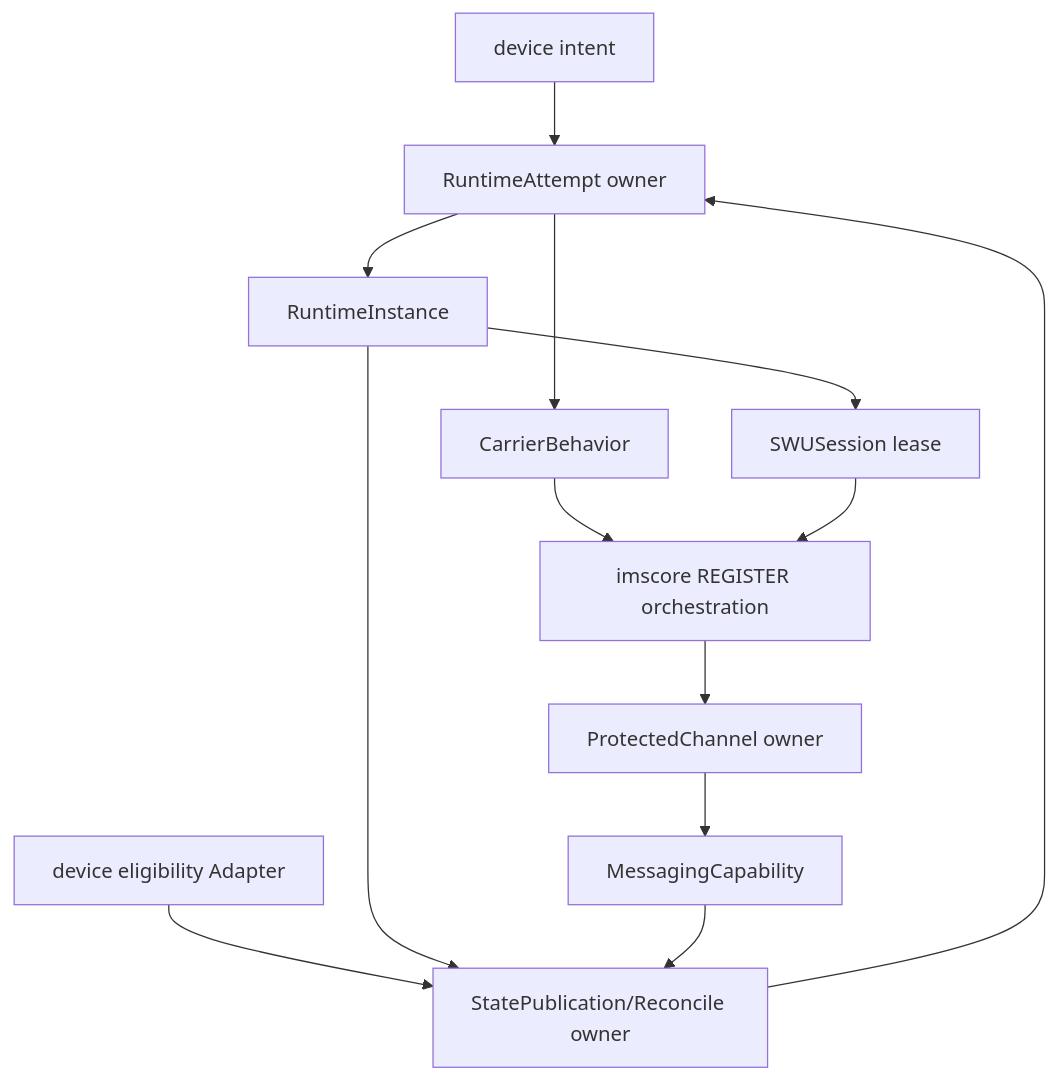
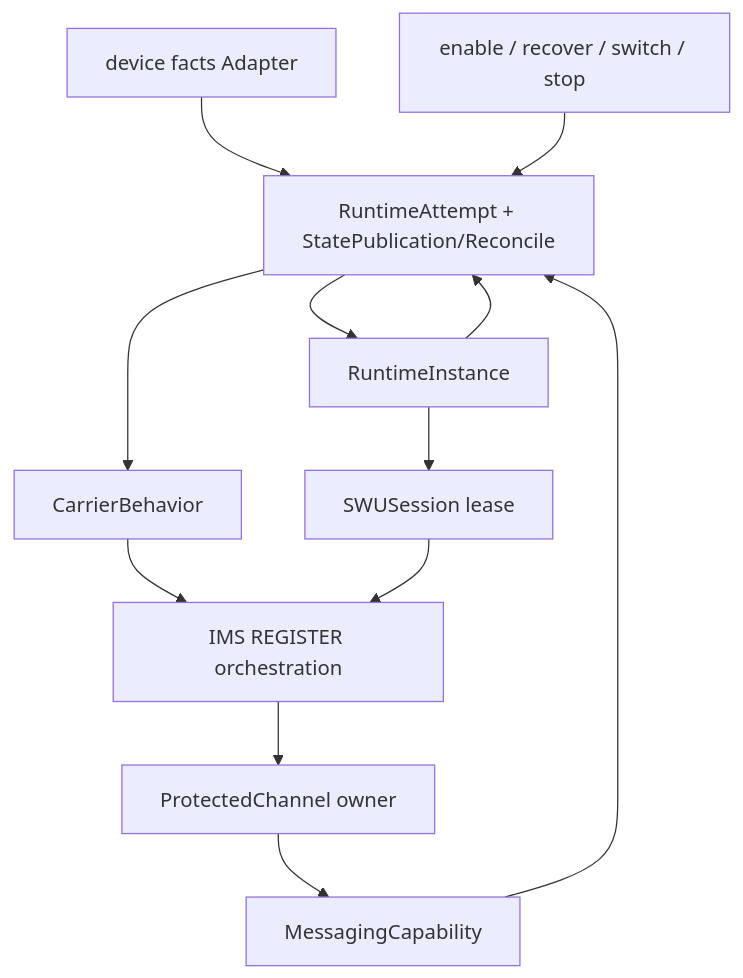
One commit to deeeeeeeeap/shannon-ims changed the diagram in SHANNON_IMS_ARCHITECTURE.md. Above: the diagram before and after it, drawn with Mermaid. The commit also changed other lines of this file and 8 other files, not shown here.

```diff
--- a/SHANNON_IMS_ARCHITECTURE.md
+++ b/SHANNON_IMS_ARCHITECTURE.md
@@ -147,15 +60,14 @@
 ~~~mermaid
 flowchart TD
-    Intent["device intent"] --> Attempt["RuntimeAttempt owner"]
-    Eligibility["device eligibility Adapter"] --> State["StatePublication/Reconcile owner"]
-    State --> Attempt
-    Attempt --> Instance["RuntimeInstance"]
+    Facts["device facts Adapter"] --> Control["RuntimeAttempt + StatePublication/Reconcile"]
+    Intent["enable / recover / switch / stop"] --> Control
+    Control --> Instance["RuntimeInstance"]
+    Control --> Carrier["CarrierBehavior"]
     Instance --> SWU["SWUSession lease"]
-    Attempt --> Carrier["CarrierBehavior"]
-    Carrier --> IMS["imscore REGISTER orchestration"]
+    Carrier --> IMS["IMS REGISTER orchestration"]
     SWU --> IMS
     IMS --> Protected["ProtectedChannel owner"]
-    Protected --> Capability["MessagingCapability"]
-    Instance --> State
-    Capability --> State
+    Protected --> Messaging["MessagingCapability"]
+    Instance --> Control
+    Messaging --> Control
 ~~~
```
